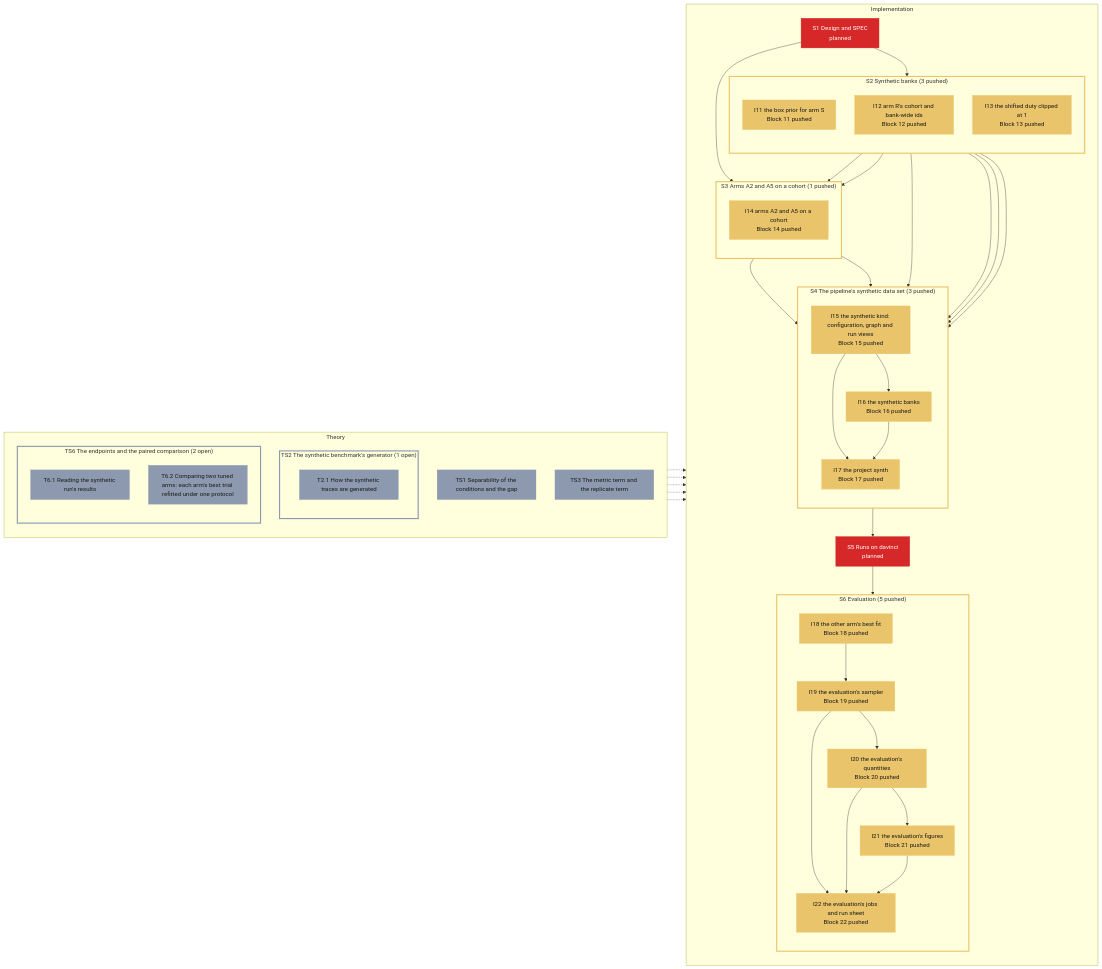
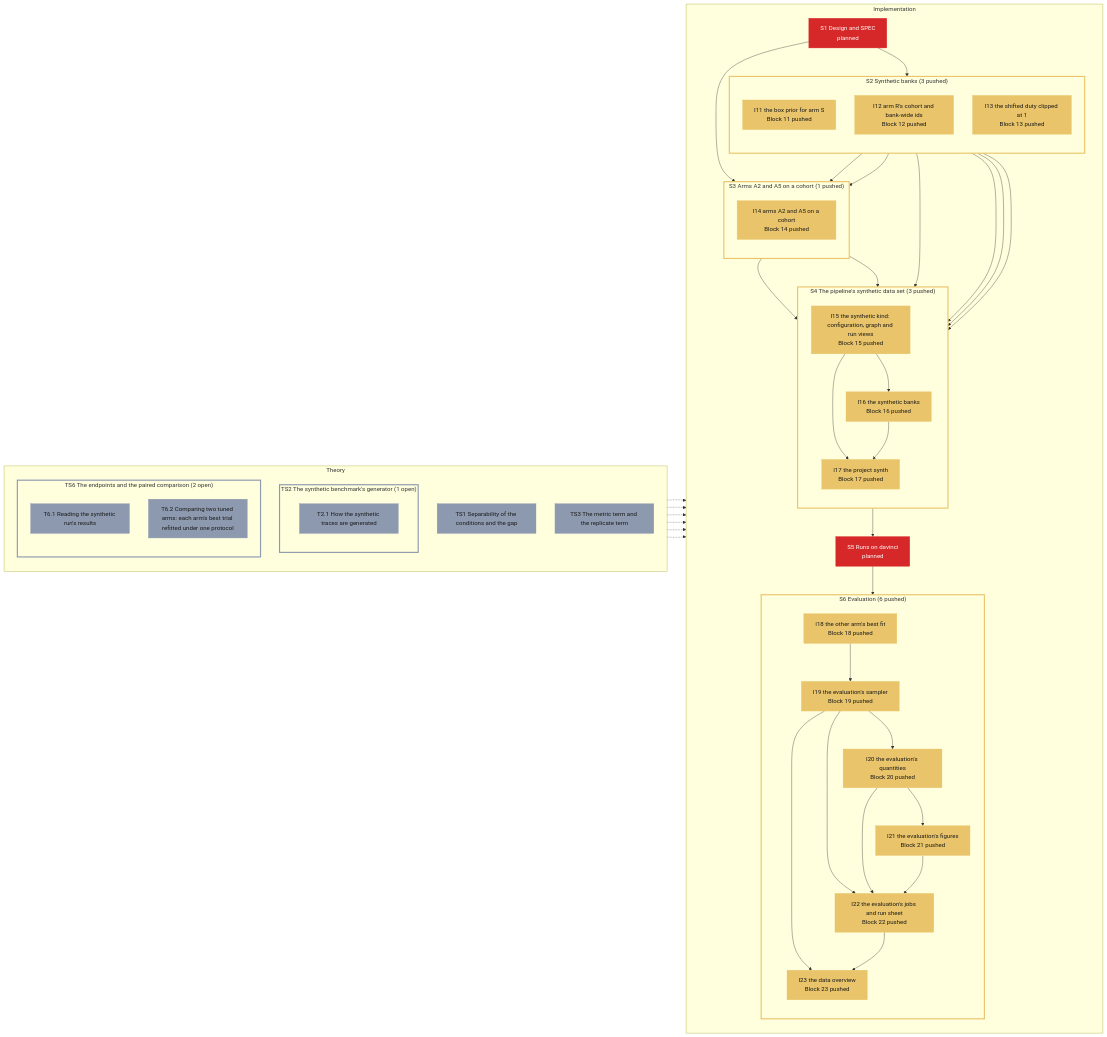
Before and after one commit to Leonardodm00/Simulation-Based-Inference: the diagram in specs/roadmap/synth.md, drawn with Mermaid. The commit also changed other lines of this file and 1 other file, not shown here.

First line of the commit message:
roadmap: synth I23 added (block 23, the data overview, under S6)

```diff
--- a/specs/roadmap/synth.md
+++ b/specs/roadmap/synth.md
@@ -50,13 +50,14 @@
             I17["I17 the project synth<br/>Block 17 pushed"]:::pushed
         end
         S5["S5 Runs on davinci<br/>planned"]:::planned
-        subgraph grp_S6["S6 Evaluation (5 pushed)"]
+        subgraph grp_S6["S6 Evaluation (6 pushed)"]
             direction TB
             I18["I18 the other arm's best fit<br/>Block 18 pushed"]:::pushed
             I19["I19 the evaluation's sampler<br/>Block 19 pushed"]:::pushed
             I20["I20 the evaluation's quantities<br/>Block 20 pushed"]:::pushed
             I21["I21 the evaluation's figures<br/>Block 21 pushed"]:::pushed
             I22["I22 the evaluation's jobs and run sheet<br/>Block 22 pushed"]:::pushed
+            I23["I23 the data overview<br/>Block 23 pushed"]:::pushed
         end
         S1 --> grp_S2
         S1 --> grp_S3
@@ -79,12 +80,15 @@
         I19 --> I22
         I20 --> I22
         I21 --> I22
+        I19 --> I23
+        I22 --> I23
     end
     TS1 -.-> S1
     grp_TS2 -.-> grp_S2
     TS3 -.-> grp_S3
     grp_TS6 -.-> grp_S6
     T6.2 -.-> I18
+    T2.1 -.-> I23
     style grp_TS2 stroke:#8d99ae,stroke-width:3px
     style grp_TS6 stroke:#8d99ae,stroke-width:3px
     style grp_S2 stroke:#e9c46a,stroke-width:3px
```
